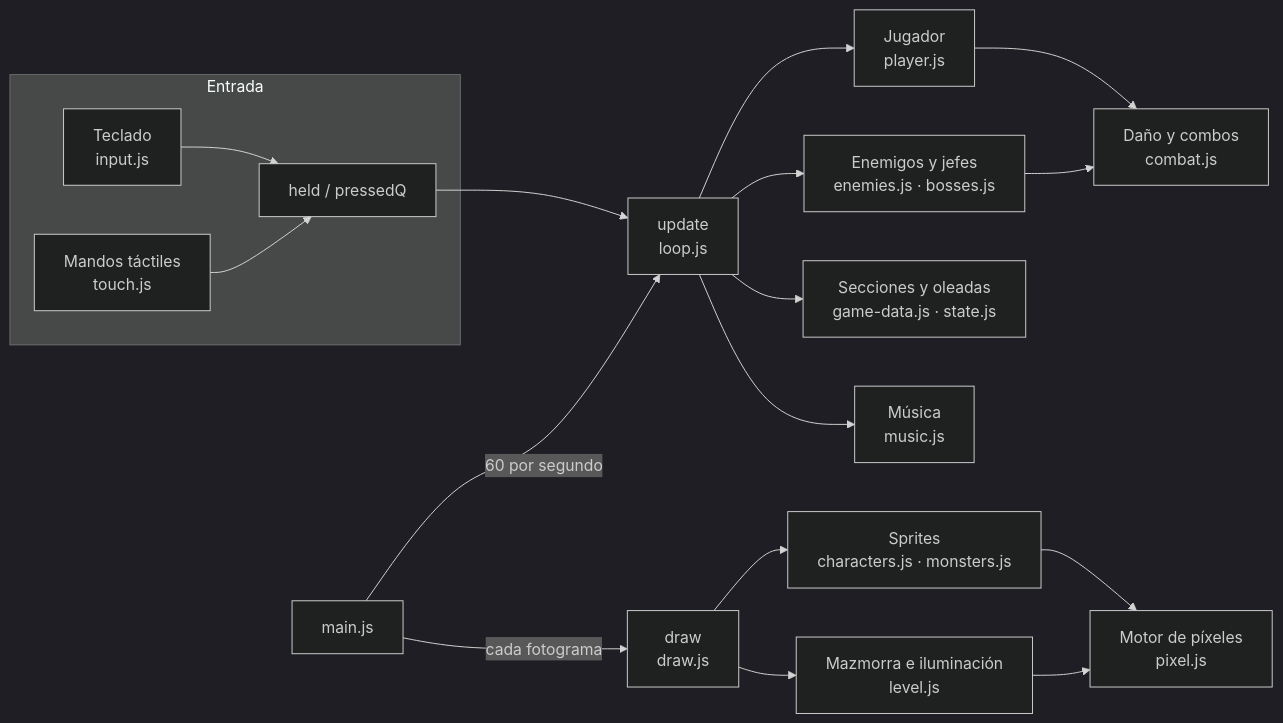
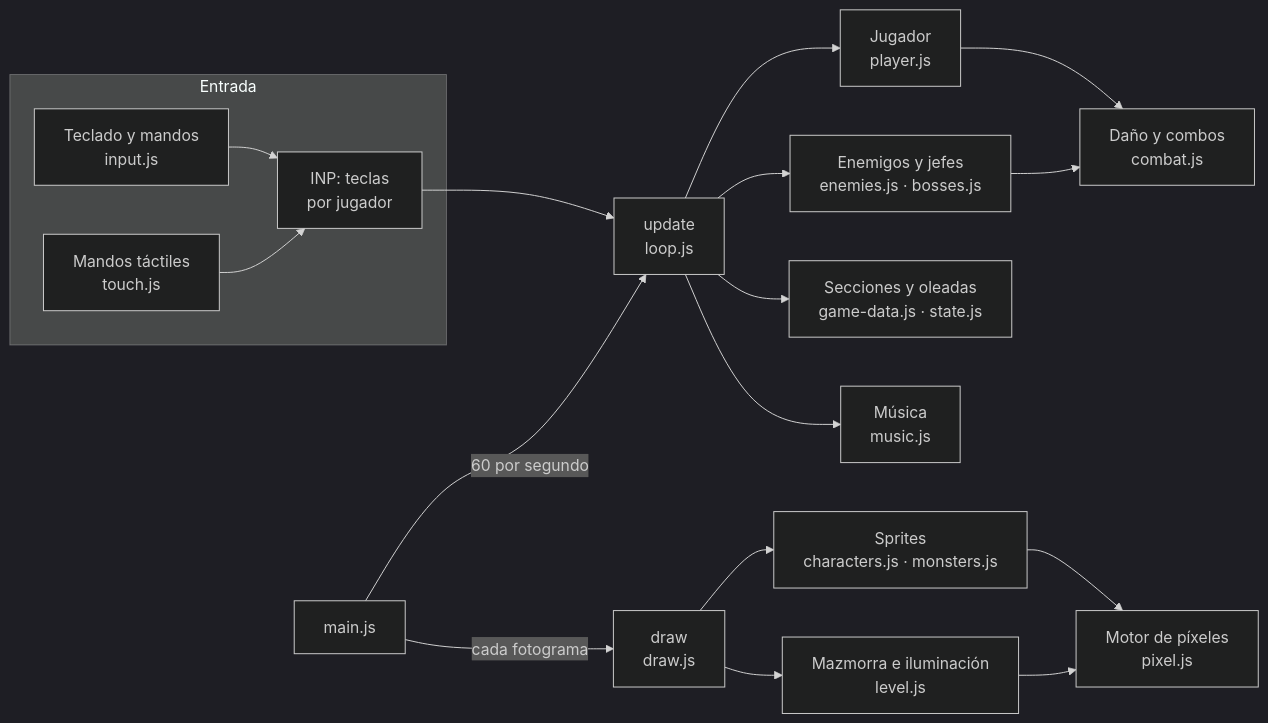
Before and after one commit to serbenda/dungeons-and-deployments: the first of 2 diagrams in docs/arquitectura.md, drawn with Mermaid (dark theme). The commit also changed other lines of this file and 13 other files, not shown here.

````diff
--- a/docs/arquitectura.md
+++ b/docs/arquitectura.md
@@ -7,20 +7,20 @@
 ```mermaid
 flowchart LR
   subgraph Entrada
-    K[Teclado<br>input.js] --> Q[held / pressedQ]
+    K[Teclado y mandos<br>input.js] --> Q[INP: teclas<br>por jugador]
     T[Mandos táctiles<br>touch.js] --> Q
   end
   Q --> U[update<br>loop.js]
   U --> PL[Jugador<br>player.js]
   U --> EN[Enemigos y jefes<br>enemies.js · bosses.js]
   PL --> CB[Daño y combos<br>combat.js]
   EN --> CB
   U --> SEC[Secciones y oleadas<br>game-data.js · state.js]
   U --> MU[Música<br>music.js]
   D[draw<br>draw.js] --> LV[Mazmorra e iluminación<br>level.js]
   D --> SP[Sprites<br>characters.js · monsters.js]
   SP --> PX[Motor de píxeles<br>pixel.js]
   LV --> PX
   M[main.js] -->|60 por segundo| U
   M -->|cada fotograma| D
 ```
````
